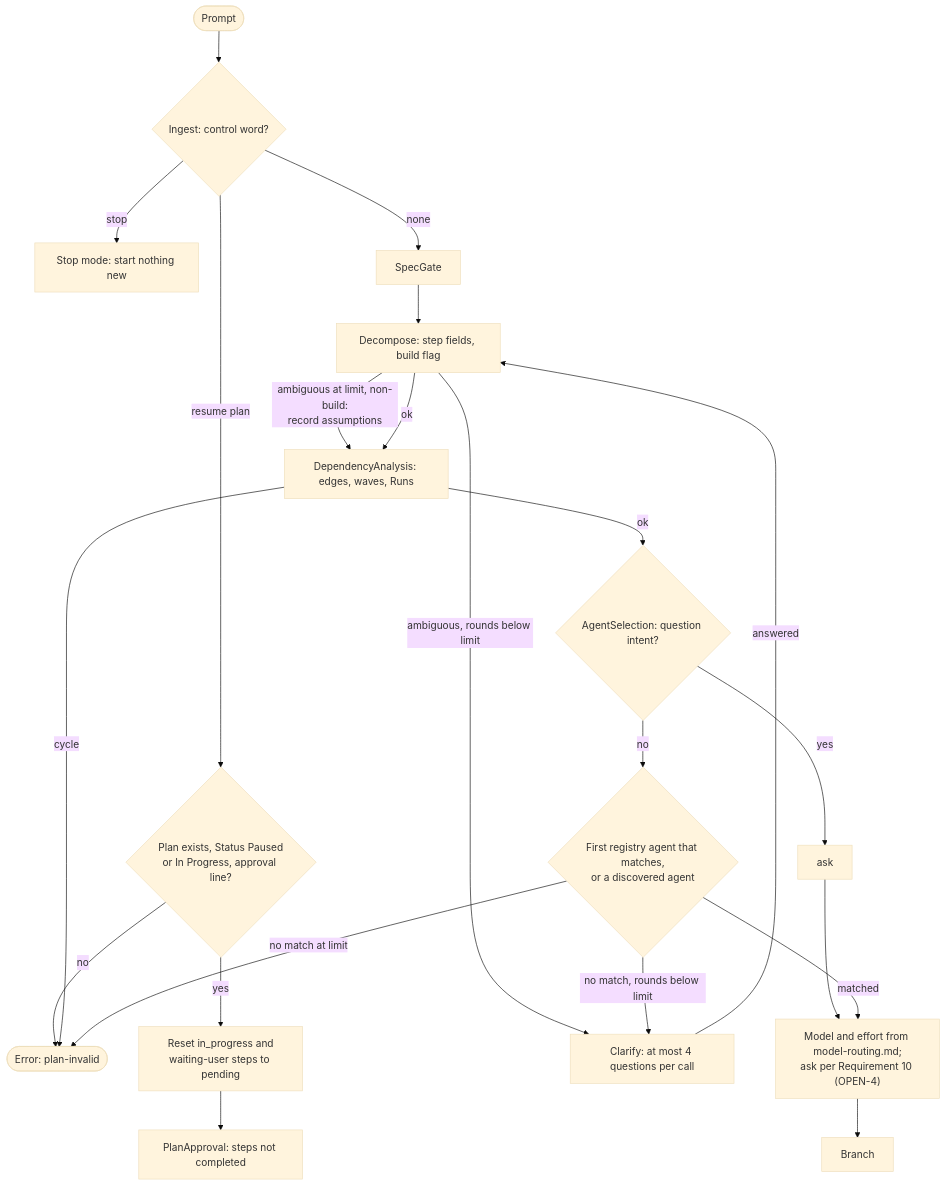
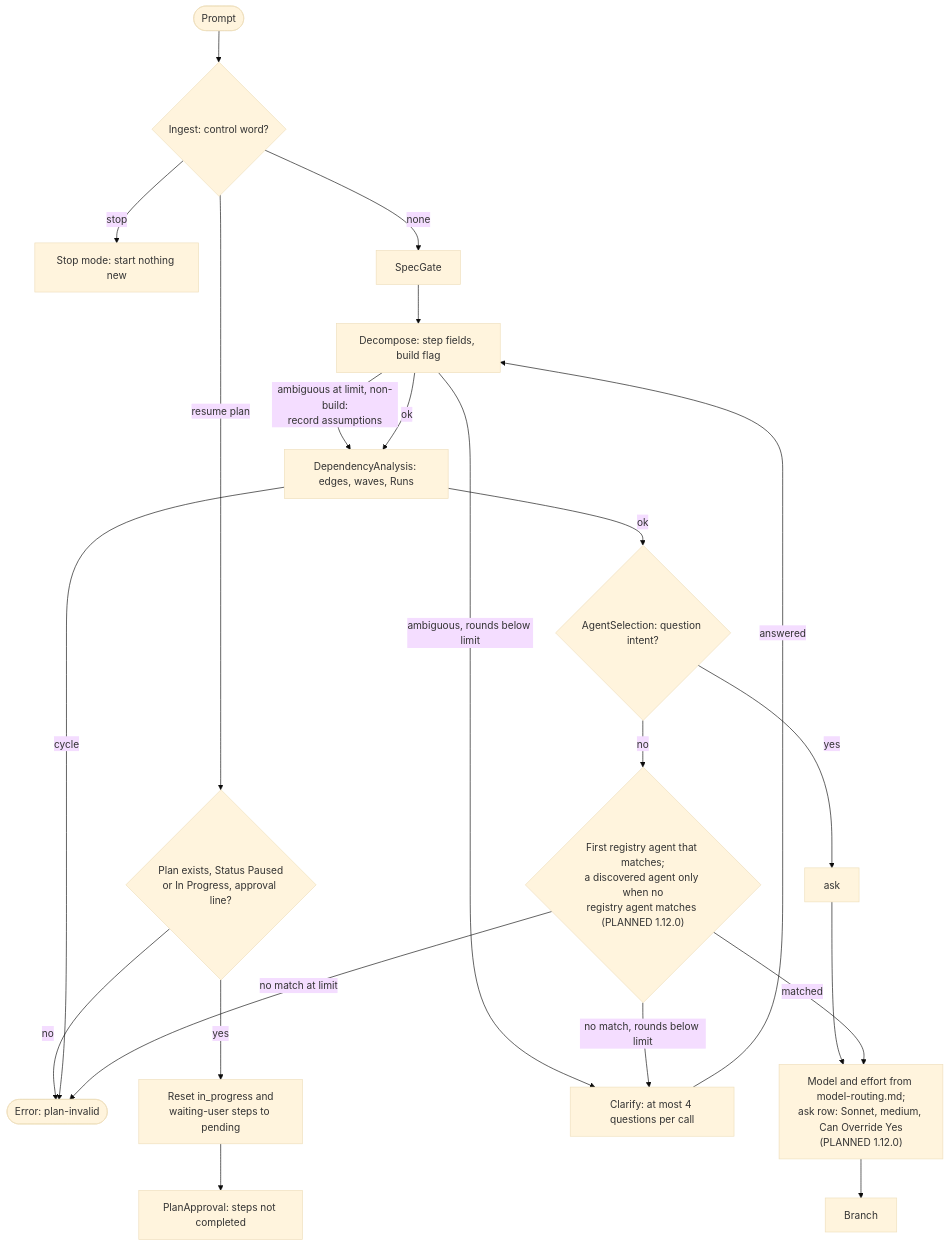
One commit to tjmonsi/assist-marketplace-plugin changed the diagram in specs/spec-orchestration-planning.md. Above: the diagram before and after it, drawn with Mermaid (base theme). The commit also changed other lines of this file and 60 other files, not shown here.

````diff
--- a/specs/spec-orchestration-planning.md
+++ b/specs/spec-orchestration-planning.md
@@ -53,24 +53,24 @@
 ```mermaid
 flowchart TD
   P(["Prompt"]) --> I{"Ingest: control word?"}
   I -->|"stop"| S["Stop mode: start nothing new"]
   I -->|"resume plan"| R{"Plan exists, Status Paused<br/>or In Progress, approval line?"}
   R -->|"no"| E(["Error: plan-invalid"])
   R -->|"yes"| RS["Reset in_progress and<br/>waiting-user steps to pending"]
   RS --> PA["PlanApproval: steps not completed"]
   I -->|"none"| SG["SpecGate"]
   SG --> D["Decompose: step fields, build flag"]
   D -->|"ambiguous, rounds below limit"| C["Clarify: at most 4 questions per call"]
   C -->|"answered"| D
   D -->|"ambiguous at limit, non-build:<br/>record assumptions"| DA
   D -->|"ok"| DA["DependencyAnalysis: edges, waves, Runs"]
   DA -->|"cycle"| E
   DA -->|"ok"| AS{"AgentSelection: question intent?"}
   AS -->|"yes"| Ask["ask"]
-  AS -->|"no"| Reg{"First registry agent that matches,<br/>or a discovered agent"}
+  AS -->|"no"| Reg{"First registry agent that matches;<br/>a discovered agent only when no<br/>registry agent matches (PLANNED 1.12.0)"}
   Reg -->|"no match, rounds below limit"| C
   Reg -->|"no match at limit"| E
-  Ask --> M["Model and effort from model-routing.md;<br/>ask per Requirement 10 (OPEN-4)"]
+  Ask --> M["Model and effort from model-routing.md;<br/>ask row: Sonnet, medium, Can Override Yes<br/>(PLANNED 1.12.0)"]
   Reg -->|"matched"| M
   M --> B["Branch"]
 ```
````
